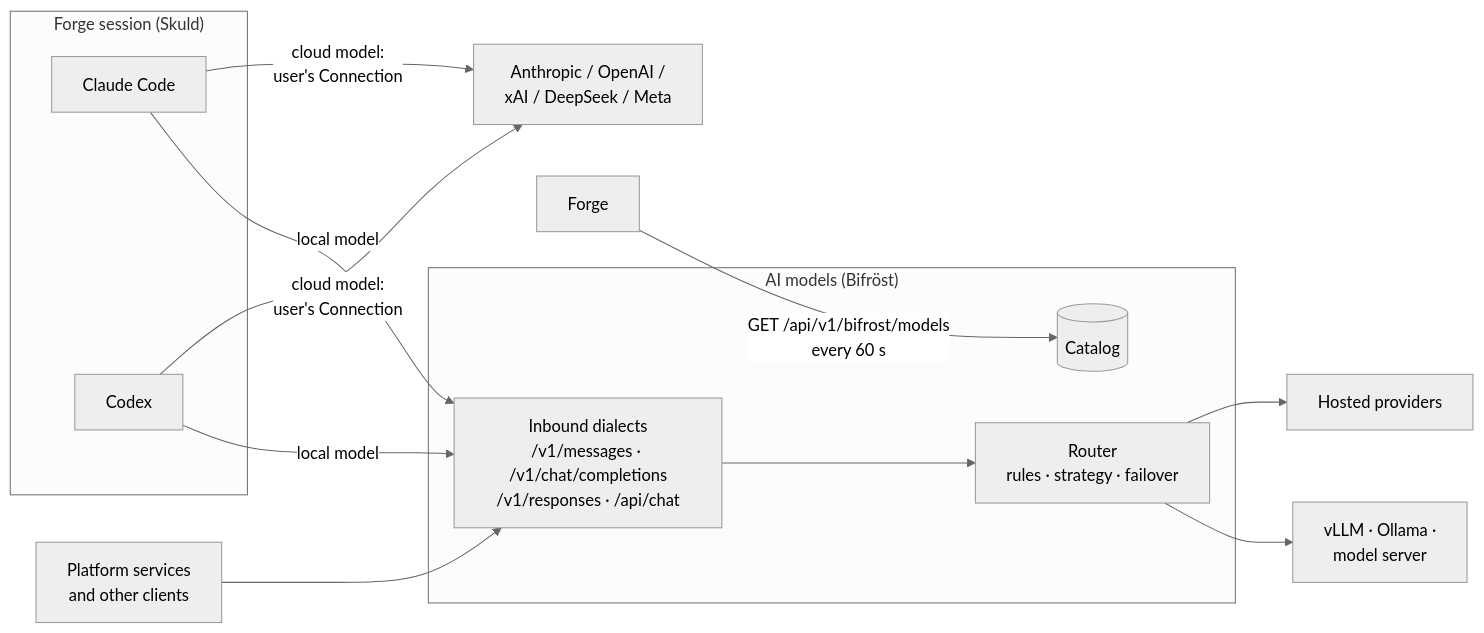
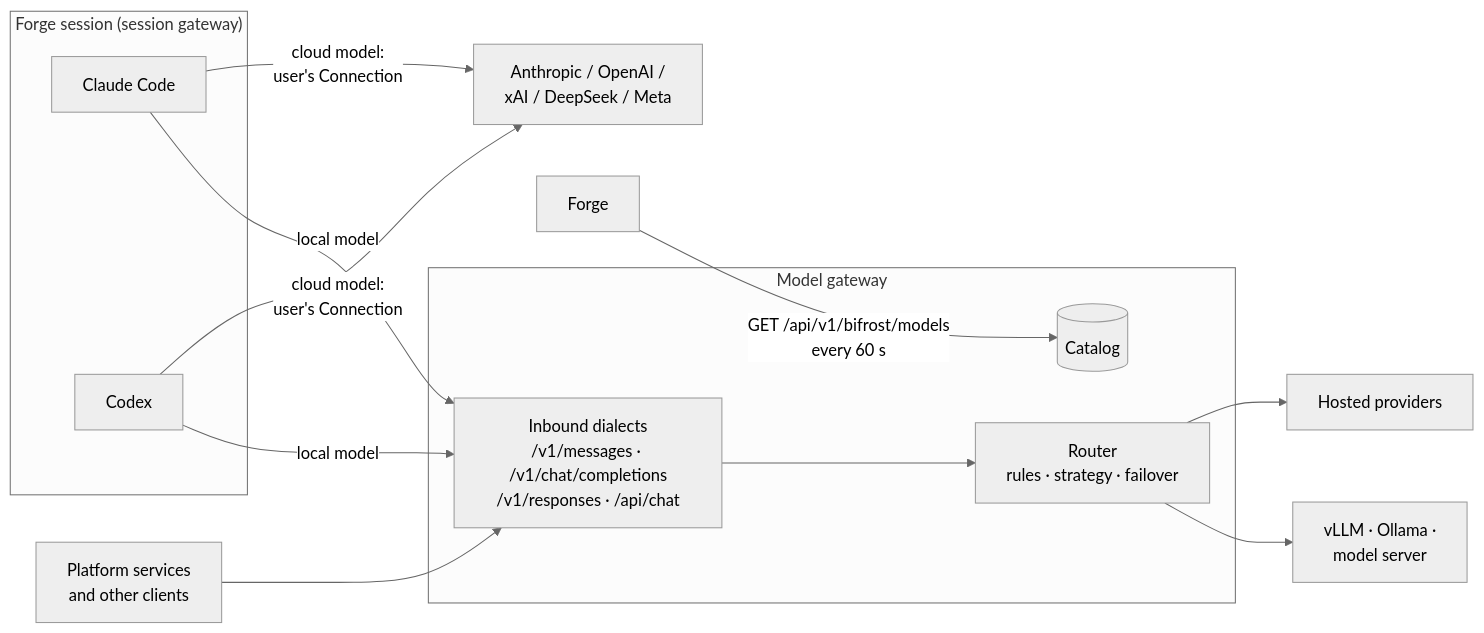
Before and after one commit to niuulabs/niuu: the diagram in docs/site/architecture/models/index.md, drawn with Mermaid (neutral theme). The commit also changed other lines of this file and 65 other files, not shown here.

````diff
--- a/docs/site/architecture/models/index.md
+++ b/docs/site/architecture/models/index.md
@@ -26,21 +26,21 @@
 ```mermaid
 flowchart LR
-    subgraph Session["Forge session (Skuld)"]
+    subgraph Session["Forge session (session gateway)"]
         CC[Claude Code]
         CX[Codex]
     end
     SVC[Platform services<br/>and other clients]
-    subgraph B["AI models (Bifröst)"]
+    subgraph B["Model gateway"]
         IN[Inbound dialects<br/>/v1/messages · /v1/chat/completions<br/>/v1/responses · /api/chat]
         R[Router<br/>rules · strategy · failover]
         CAT[(Catalog)]
     end
     FORGE[Forge] -- "GET /api/v1/bifrost/models<br/>every 60 s" --> CAT
     CC -- "cloud model:<br/>user's Connection" --> VEND[Anthropic / OpenAI /<br/>xAI / DeepSeek / Meta]
     CX -- "cloud model:<br/>user's Connection" --> VEND
     CC -- "local model" --> IN
     CX -- "local model" --> IN
     SVC --> IN
     IN --> R --> P1[Hosted providers]
     R --> P2[vLLM · Ollama ·<br/>model server]
 ```
````
